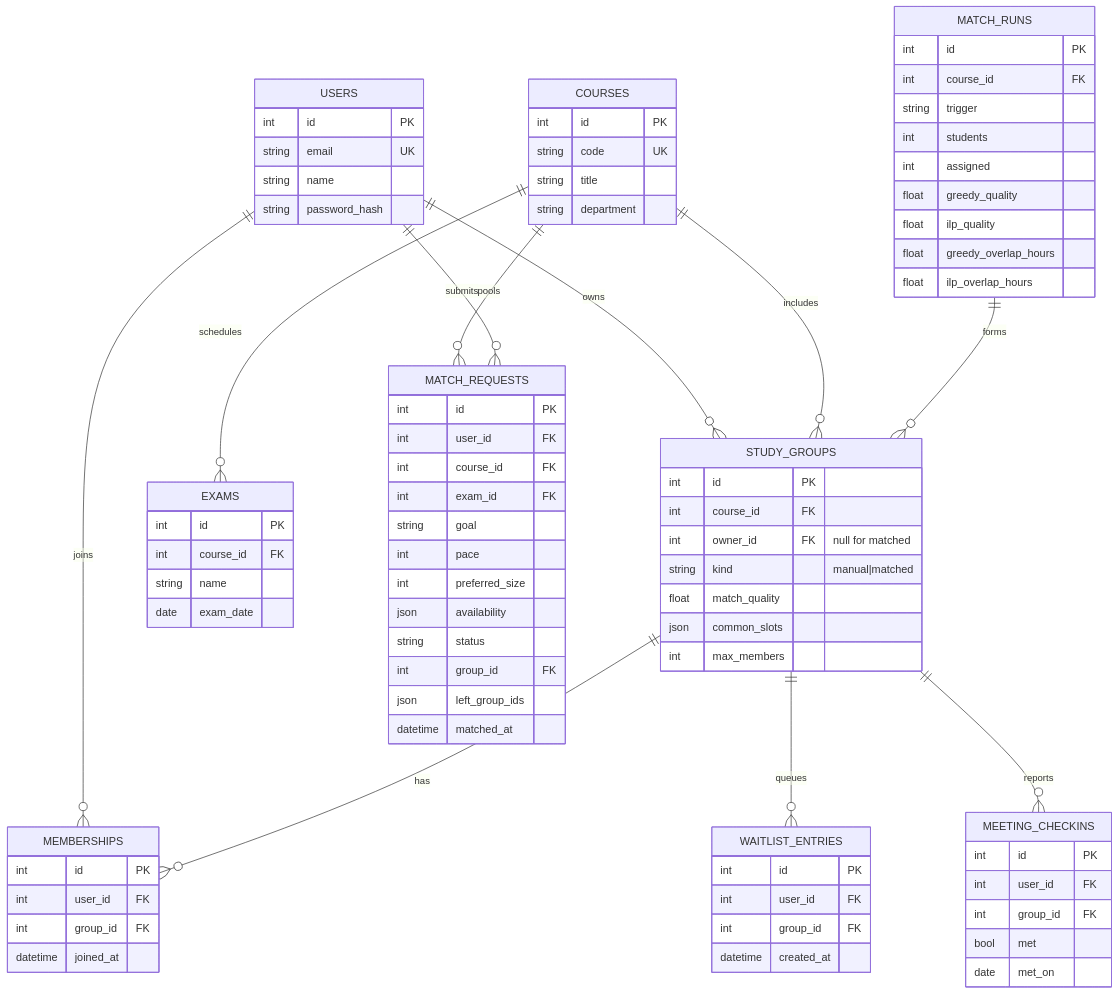
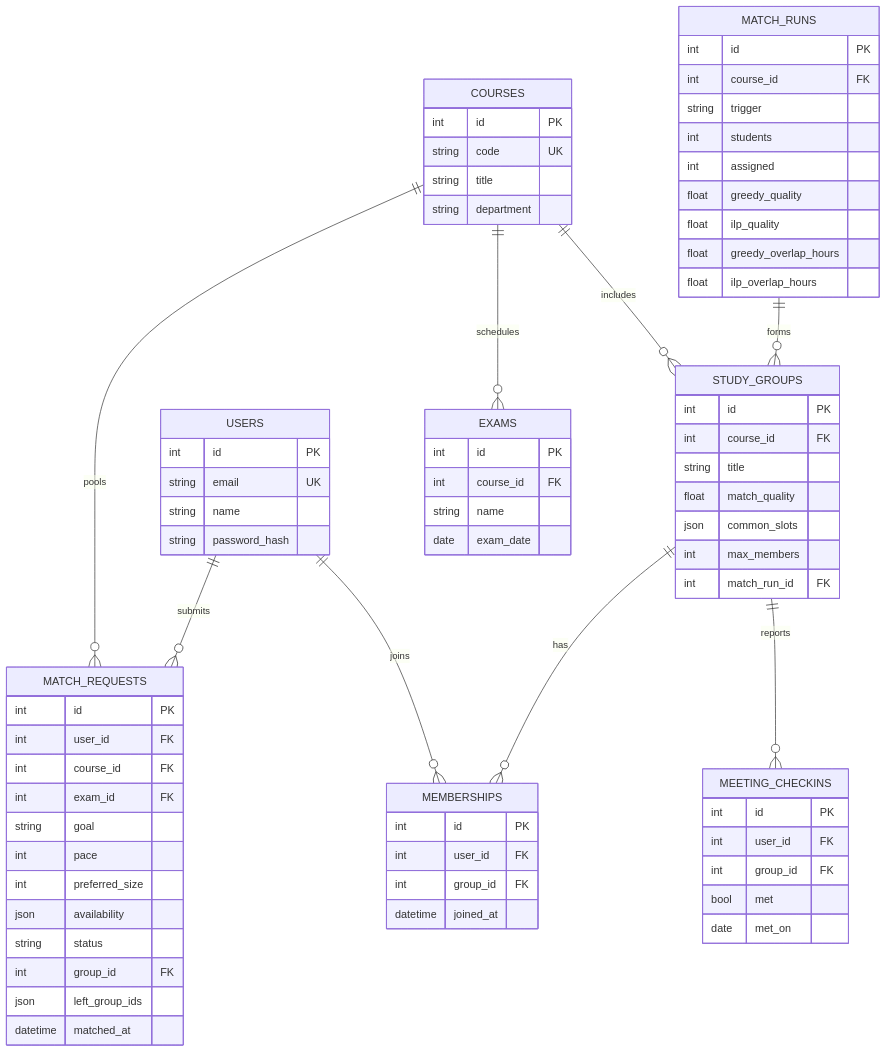
Before and after one commit to jessicalanggg/campusconnect: the diagram in docs/schema.md, drawn with Mermaid. The commit also changed other lines of this file and 19 other files, not shown here.

First line of the commit message:
Make matched groups concurrency-safe and remove open groups

````diff
--- a/docs/schema.md
+++ b/docs/schema.md
@@ -3,22 +3,19 @@
 ```mermaid
 erDiagram
- USERS ||--o{ STUDY_GROUPS : owns
  USERS ||--o{ MEMBERSHIPS : joins
  COURSES ||--o{ STUDY_GROUPS : includes
  STUDY_GROUPS ||--o{ MEMBERSHIPS : has
- STUDY_GROUPS ||--o{ WAITLIST_ENTRIES : queues
  STUDY_GROUPS ||--o{ MEETING_CHECKINS : reports
  COURSES ||--o{ EXAMS : schedules
  COURSES ||--o{ MATCH_REQUESTS : pools
  USERS ||--o{ MATCH_REQUESTS : submits
  MATCH_RUNS ||--o{ STUDY_GROUPS : forms
  USERS { int id PK string email UK string name string password_hash }
  COURSES { int id PK string code UK string title string department }
- STUDY_GROUPS { int id PK int course_id FK int owner_id FK "null for matched" string kind "manual|matched" float match_quality json common_slots int max_members }
+ STUDY_GROUPS { int id PK int course_id FK string title float match_quality json common_slots int max_members int match_run_id FK }
  EXAMS { int id PK int course_id FK string name date exam_date }
  MATCH_REQUESTS { int id PK int user_id FK int course_id FK int exam_id FK string goal int pace int preferred_size json availability string status int group_id FK json left_group_ids datetime matched_at }
  MATCH_RUNS { int id PK int course_id FK string trigger int students int assigned float greedy_quality float ilp_quality float greedy_overlap_hours float ilp_overlap_hours }
- WAITLIST_ENTRIES { int id PK int user_id FK int group_id FK datetime created_at }
  MEETING_CHECKINS { int id PK int user_id FK int group_id FK bool met date met_on }
  MEMBERSHIPS { int id PK int user_id FK int group_id FK datetime joined_at }
 ```
````
